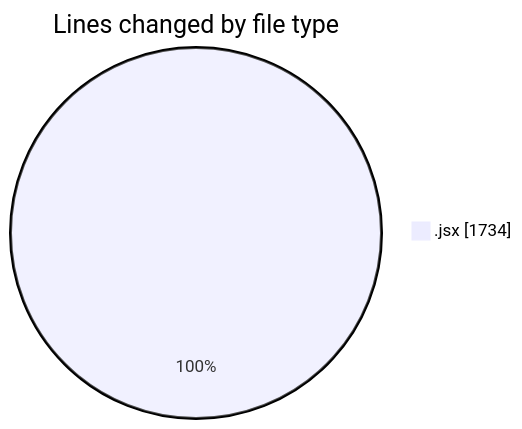
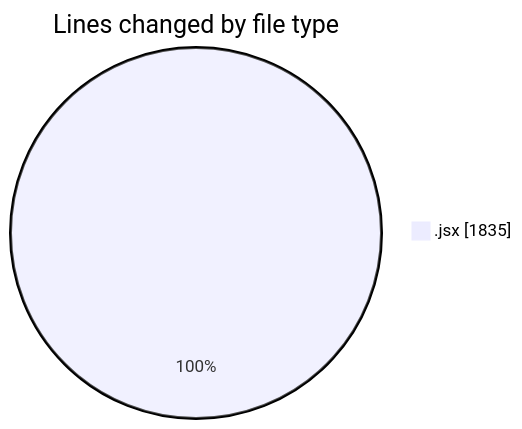
Before and after one commit to nxtqubesakshisongat/code-tracking: the first of 2 diagrams in 2026-11-22/nashik-misal-queue/README.md, drawn with Mermaid. The commit also changed other lines of this file and 1 other file, not shown here.

````diff
--- a/2026-11-22/nashik-misal-queue/README.md
+++ b/2026-11-22/nashik-misal-queue/README.md
@@ -21,5 +22,5 @@
 ```mermaid
 pie showData
 title Lines changed by file type
-".jsx" : 1734
+".jsx" : 1835
 ```
````
